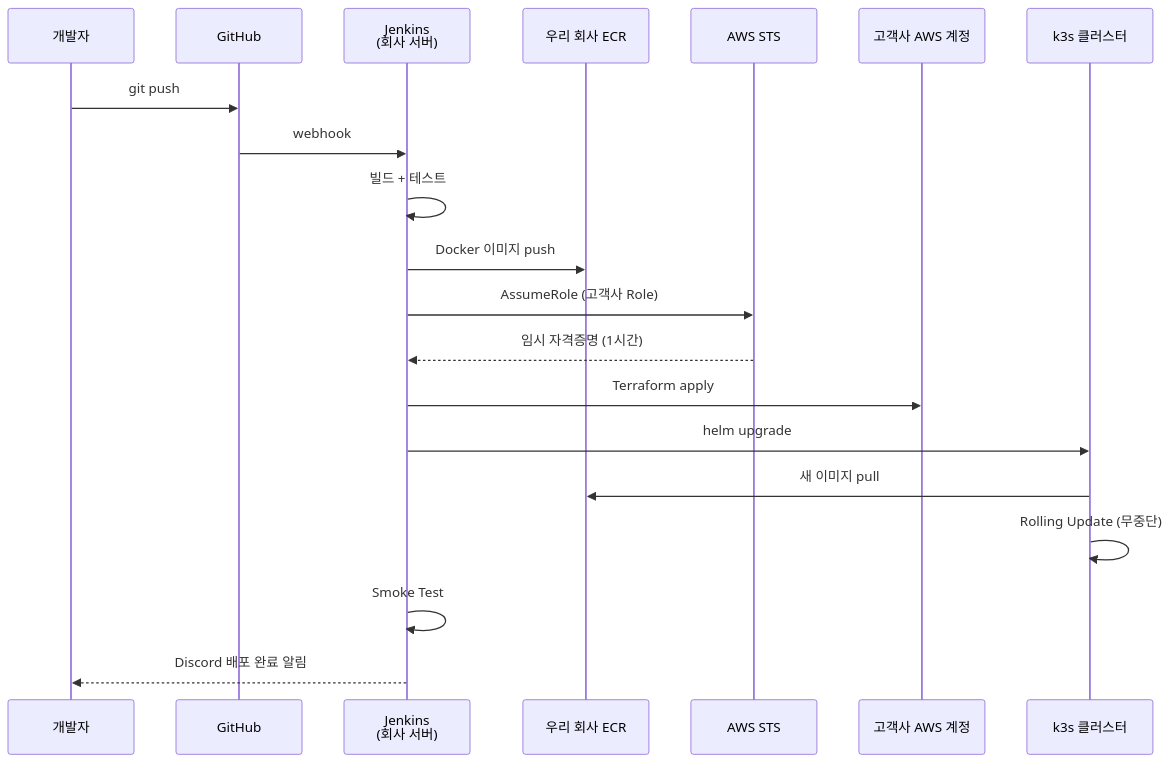
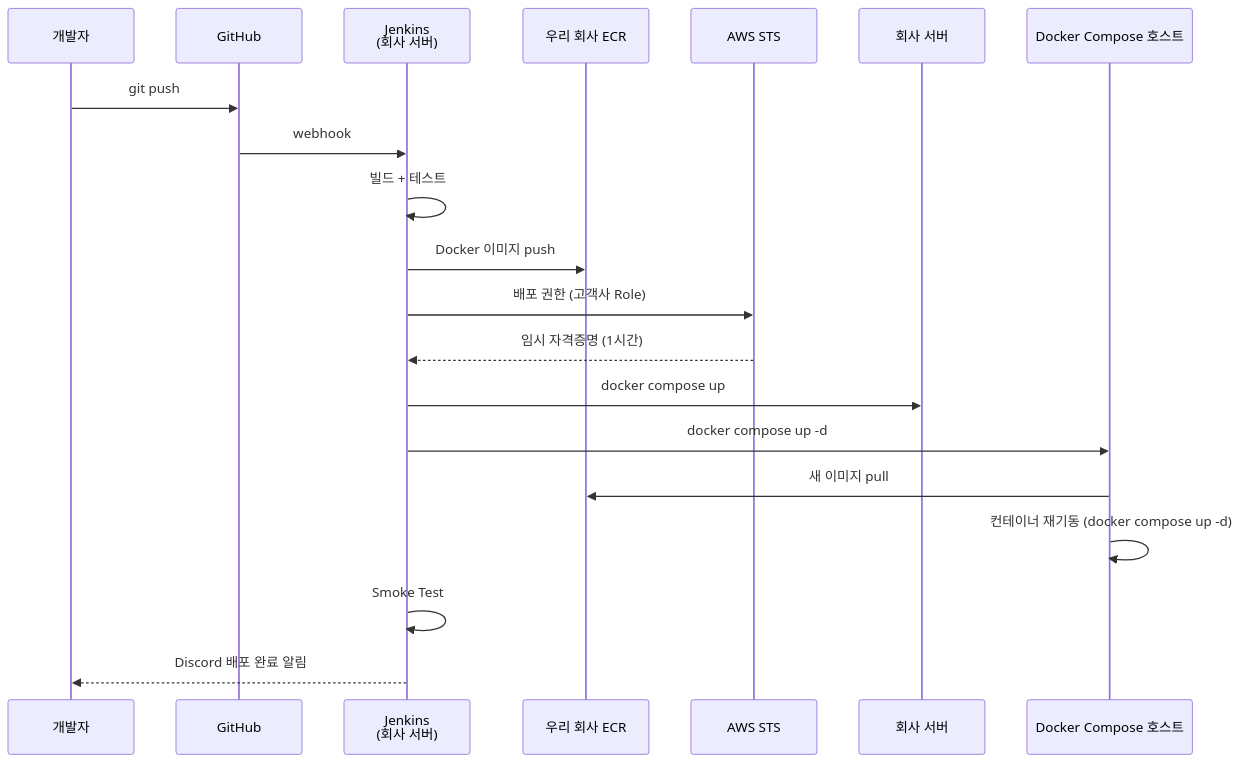
The tenth of 14 diagrams in requirements/TEAM-OVERVIEW.md (nittre/ragvault), drawn with Mermaid before and after one commit. The commit also changed other lines of this file and 32 other files, not shown here.

First line of the commit message:
docs: bge-m3·Docker Compose·사내 서비스 전환 전체 문서 반영

````diff
--- a/requirements/TEAM-OVERVIEW.md
+++ b/requirements/TEAM-OVERVIEW.md
@@ -982,23 +938,23 @@
 ```mermaid
 sequenceDiagram
     participant D as 개발자
     participant GH as GitHub
     participant J as Jenkins<br/>(회사 서버)
     participant ECR as 우리 회사 ECR
     participant STS as AWS STS
-    participant CA as 고객사 AWS 계정
-    participant K as k3s 클러스터
+    participant CA as 회사 서버
+    participant K as Docker Compose 호스트
 
     D->>GH: git push
     GH->>J: webhook
     J->>J: 빌드 + 테스트
     J->>ECR: Docker 이미지 push
-    J->>STS: AssumeRole (고객사 Role)
+    J->>STS: 배포 권한 (고객사 Role)
     STS-->>J: 임시 자격증명 (1시간)
-    J->>CA: Terraform apply
-    J->>K: helm upgrade
+    J->>CA: docker compose up
+    J->>K: docker compose up -d
     K->>ECR: 새 이미지 pull
-    K->>K: Rolling Update (무중단)
+    K->>K: 컨테이너 재기동 (docker compose up -d)
     J->>J: Smoke Test
     J-->>D: Discord 배포 완료 알림
 ```
````
